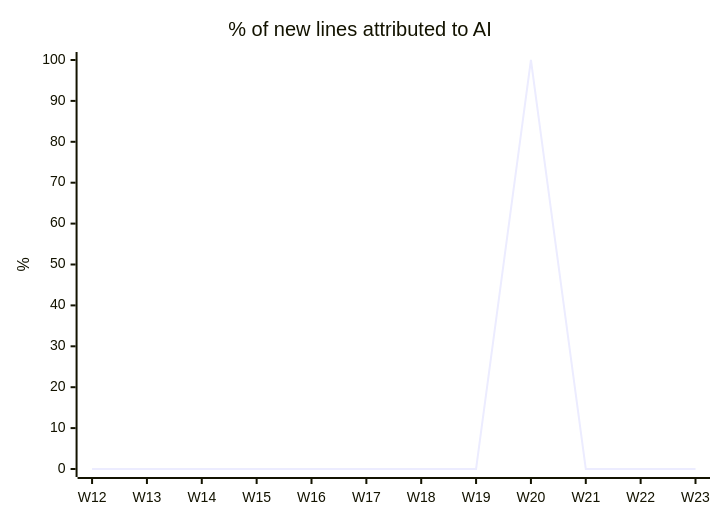
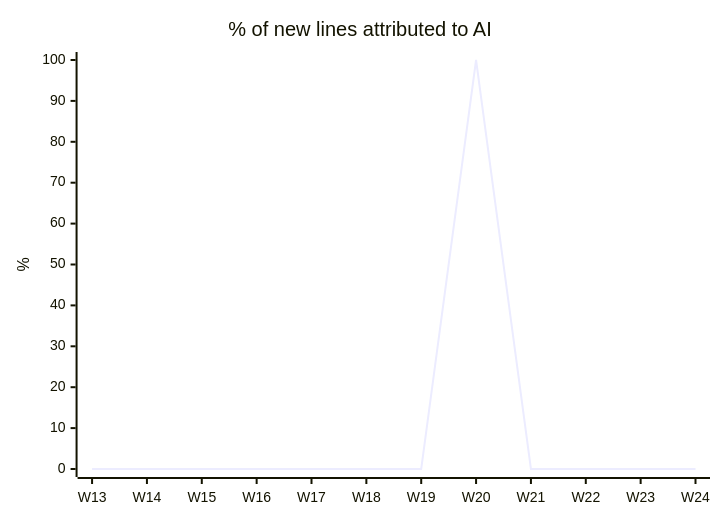
One commit to fromwaydowntown/ai-use changed the first of 4 diagrams in docs/AI_USAGE.md. Above: the diagram before and after it, drawn with Mermaid. The commit also changed other lines of this file, not shown here.

````diff
--- a/docs/AI_USAGE.md
+++ b/docs/AI_USAGE.md
@@ -17,7 +17,7 @@
 ```mermaid
 xychart-beta
     title "% of new lines attributed to AI"
-    x-axis ["W12", "W13", "W14", "W15", "W16", "W17", "W18", "W19", "W20", "W21", "W22", "W23"]
+    x-axis ["W13", "W14", "W15", "W16", "W17", "W18", "W19", "W20", "W21", "W22", "W23", "W24"]
     y-axis "%" 0 --> 100
-    line [0, 0, 0, 0, 0, 0, 0, 0, 100, 0, 0, 0]
+    line [0, 0, 0, 0, 0, 0, 0, 100, 0, 0, 0, 0]
 ```
````
